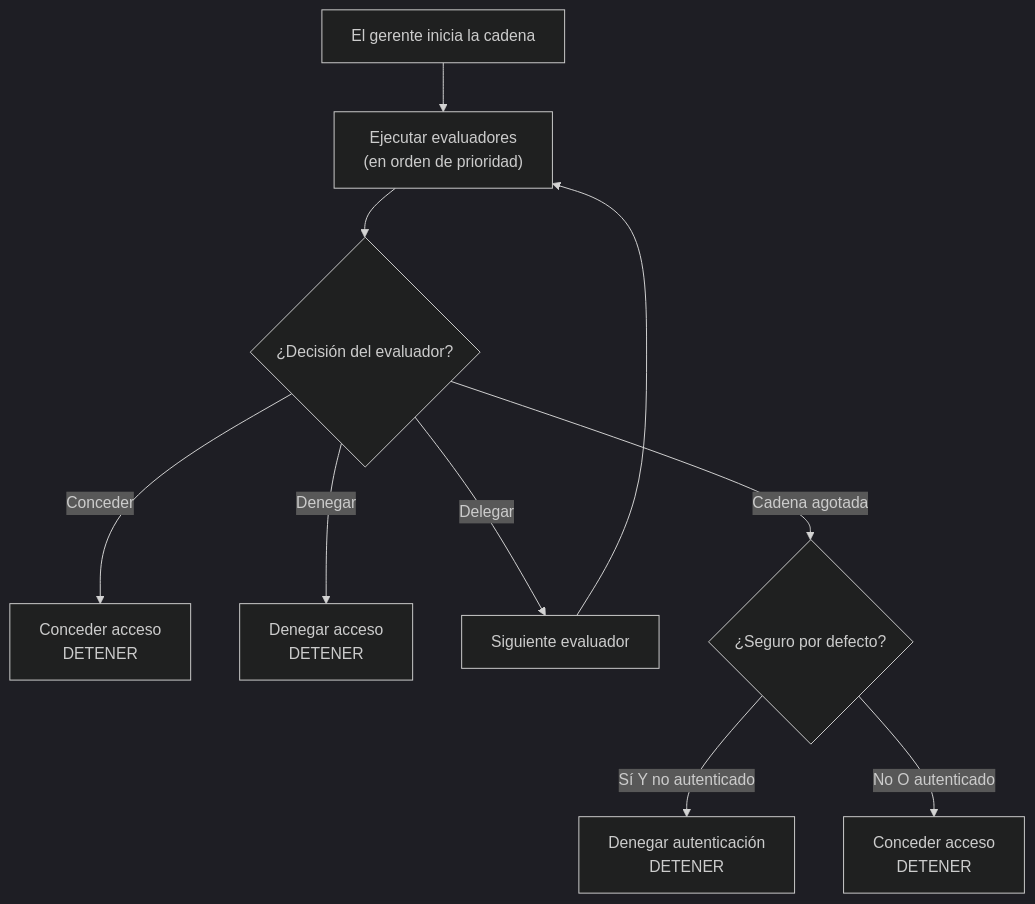
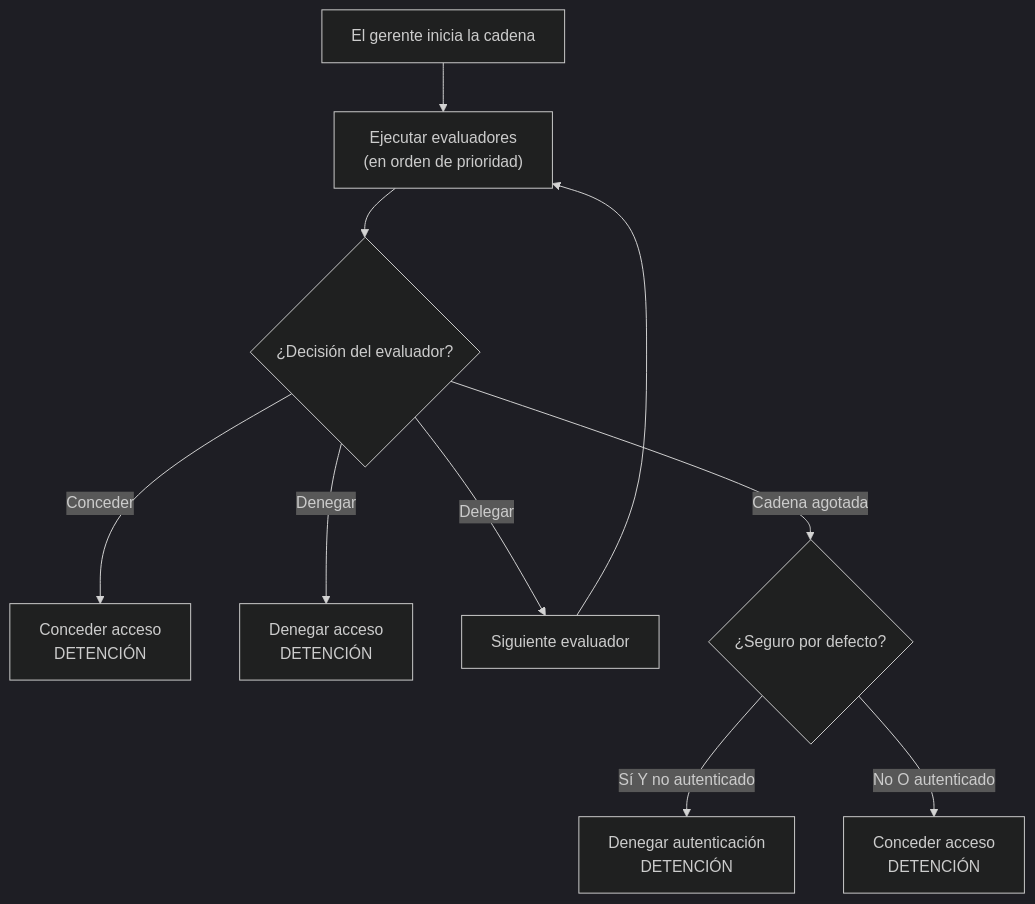
One commit to webforj/webforj-documentation changed the diagram in docs/i18n/es/docusaurus-plugin-content-docs/current/security/architecture/evaluator-chain.md. Above: the diagram before and after it, drawn with Mermaid (dark theme). The commit also changed other lines of this file and 389 other files, not shown here.

````diff
--- a/docs/i18n/es/docusaurus-plugin-content-docs/current/security/architecture/evaluator-chain.md
+++ b/docs/i18n/es/docusaurus-plugin-content-docs/current/security/architecture/evaluator-chain.md
@@ -45,15 +45,15 @@
 ```mermaid
 flowchart TD
-    Start["El gerente inicia la cadena"] --> Eval["Ejecutar evaluadores<br/>(en orden de prioridad)"]
+  Start["El gerente inicia la cadena"] --> Eval["Ejecutar evaluadores<br/>(en orden de prioridad)"]
 
-    Eval --> Check{"¿Decisión del evaluador?"}
-    Check -->|Conceder| Grant["Conceder acceso<br/>DETENER"]
-    Check -->|Denegar| Deny["Denegar acceso<br/>DETENER"]
-    Check -->|Delegar| Next["Siguiente evaluador"]
+  Eval --> Check{"¿Decisión del evaluador?"}
+  Check -->|Conceder| Grant["Conceder acceso<br/>DETENCIÓN"]
+  Check -->|Denegar| Deny["Denegar acceso<br/>DETENCIÓN"]
+  Check -->|Delegar| Next["Siguiente evaluador"]
 
-    Next --> Eval
+  Next --> Eval
 
-    Check -->|Cadena agotada| Default{"¿Seguro por defecto?"}
-    Default -->|Sí Y no autenticado| DenyDefault["Denegar autenticación<br/>DETENER"]
-    Default -->|No O autenticado| GrantDefault["Conceder acceso<br/>DETENER"]
+  Check -->|Cadena agotada| Default{"¿Seguro por defecto?"}
+  Default -->|Sí Y no autenticado| DenyDefault["Denegar autenticación<br/>DETENCIÓN"]
+  Default -->|No O autenticado| GrantDefault["Conceder acceso<br/>DETENCIÓN"]
 ```
````
